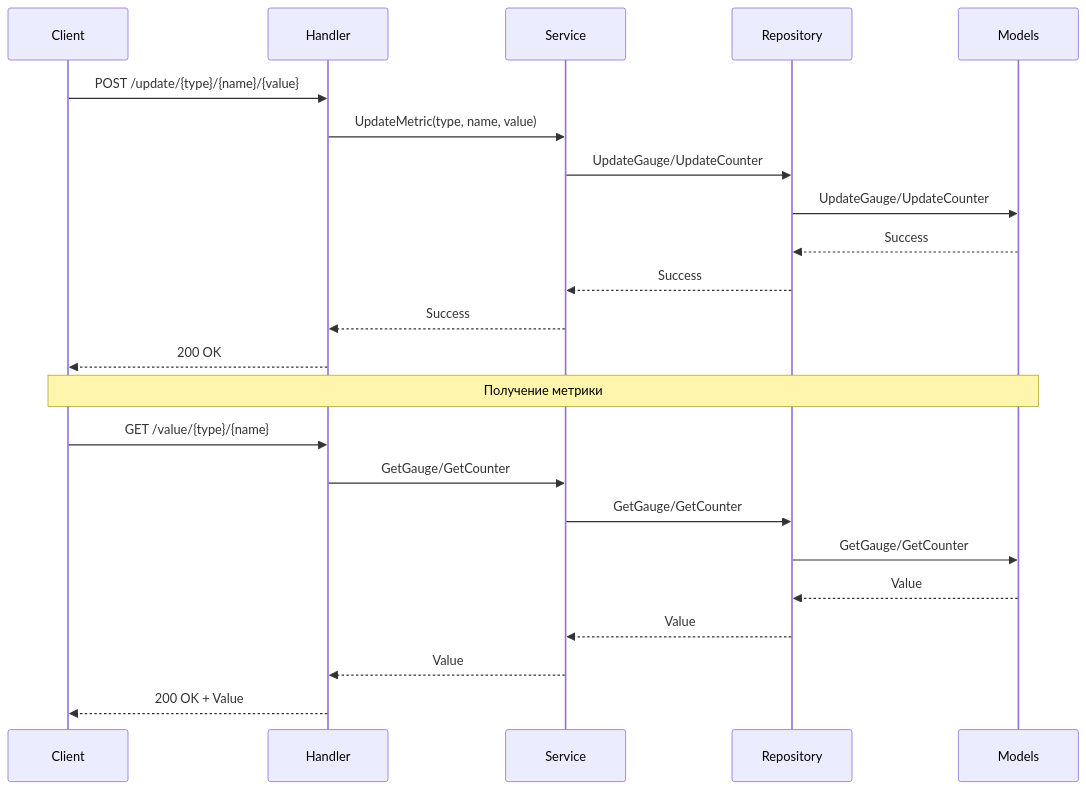
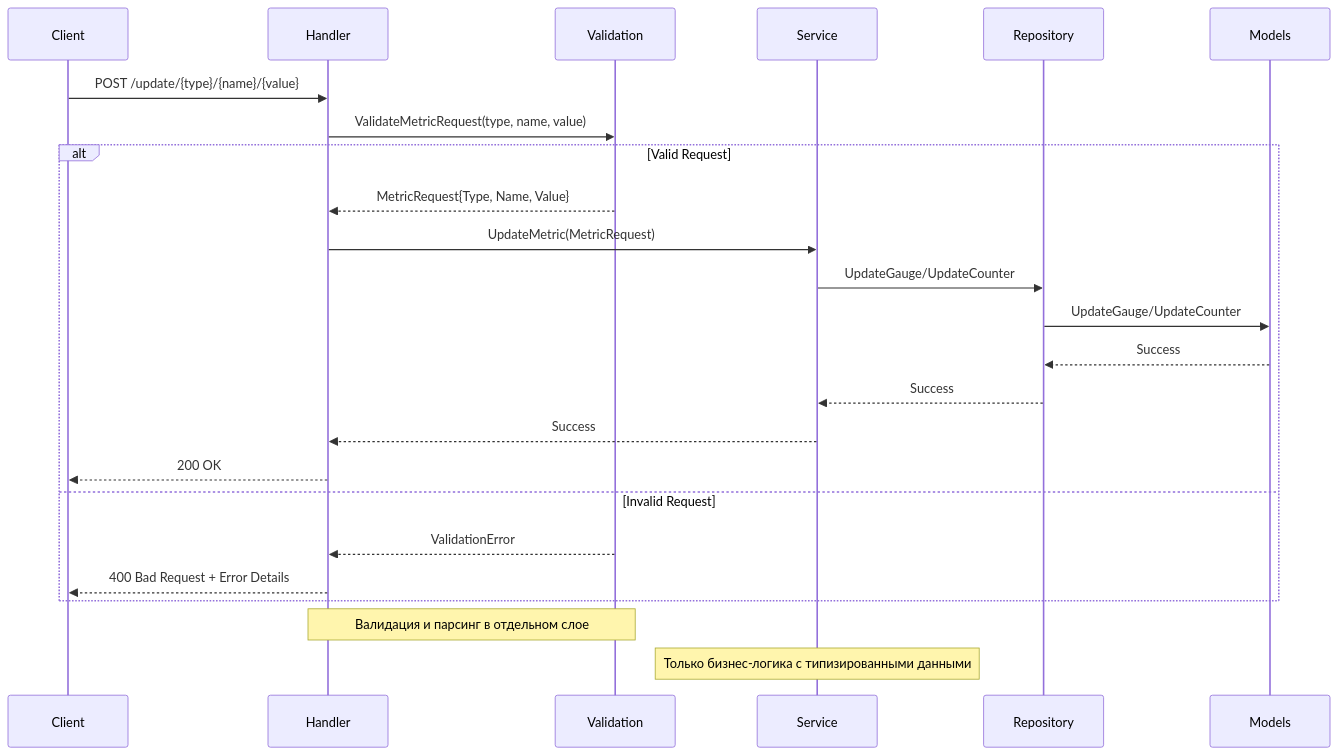
The second of 2 diagrams in README.md (IgorKilipenko/metrical), drawn with Mermaid before and after one commit. The commit also changed other lines of this file and 1 other file, not shown here.

Commit message:
docs: enhance README with quick start guide, VS Code tasks, and validation architecture

````diff
--- a/README.md
+++ b/README.md
@@ -87,27 +106,29 @@
 ```mermaid
 sequenceDiagram
     participant Client
     participant Handler
+    participant Validation
     participant Service
     participant Repository
     participant Models
     
     Client->>Handler: POST /update/{type}/{name}/{value}
-    Handler->>Service: UpdateMetric(type, name, value)
-    Service->>Repository: UpdateGauge/UpdateCounter
-    Repository->>Models: UpdateGauge/UpdateCounter
-    Models-->>Repository: Success
-    Repository-->>Service: Success
-    Service-->>Handler: Success
-    Handler-->>Client: 200 OK
+    Handler->>Validation: ValidateMetricRequest(type, name, value)
     
-    Note over Client,Models: Получение метрики
-    Client->>Handler: GET /value/{type}/{name}
-    Handler->>Service: GetGauge/GetCounter
-    Service->>Repository: GetGauge/GetCounter
-    Repository->>Models: GetGauge/GetCounter
-    Models-->>Repository: Value
-    Repository-->>Service: Value
-    Service-->>Handler: Value
-    Handler-->>Client: 200 OK + Value
+    alt Valid Request
+        Validation-->>Handler: MetricRequest{Type, Name, Value}
+        Handler->>Service: UpdateMetric(MetricRequest)
+        Service->>Repository: UpdateGauge/UpdateCounter
+        Repository->>Models: UpdateGauge/UpdateCounter
+        Models-->>Repository: Success
+        Repository-->>Service: Success
+        Service-->>Handler: Success
+        Handler-->>Client: 200 OK
+    else Invalid Request
+        Validation-->>Handler: ValidationError
+        Handler-->>Client: 400 Bad Request + Error Details
+    end
+    
+    Note over Handler,Validation: Валидация и парсинг в отдельном слое
+    Note over Service: Только бизнес-логика с типизированными данными
 ```
````
